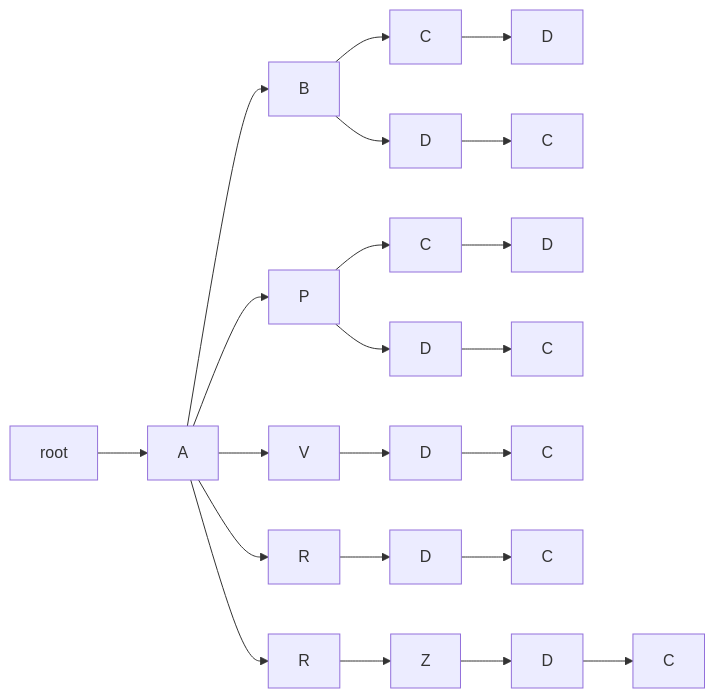
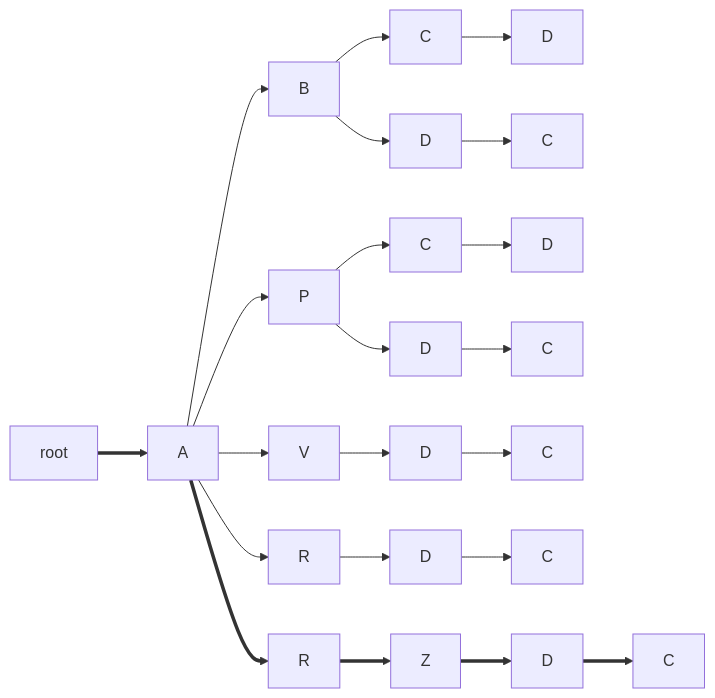
Before and after one commit to vedph/gve-doc: the eighth of 16 diagrams in model/export-tree.md, drawn with Mermaid. The commit also changed other lines of this file, not shown here.

````diff
--- a/model/export-tree.md
+++ b/model/export-tree.md
@@ -164,25 +164,25 @@
 ```mermaid
 graph LR;
 
-root --> A
+root ==> A
 A --> B
 B --> C
 C --> D6[D]
 A --> P
 P --> C5
 C5[C] --> D5[D]
 P --> D4[D]
 D4 --> C4[C]
 B --> D3[D]
 D3 --> C3[C]
 A --> V
 V --> D2[D]
 D2 --> C2[C]
 A --> R
 R --> D1[D]
 D1 --> C1[C]
-A --> R0[R]
-R0 --> Z
-Z --> D0[D]
-D0 --> C0[C]
+A ==> R0[R]
+R0 ==> Z
+Z ==> D0[D]
+D0 ==> C0[C]
 ```
````
